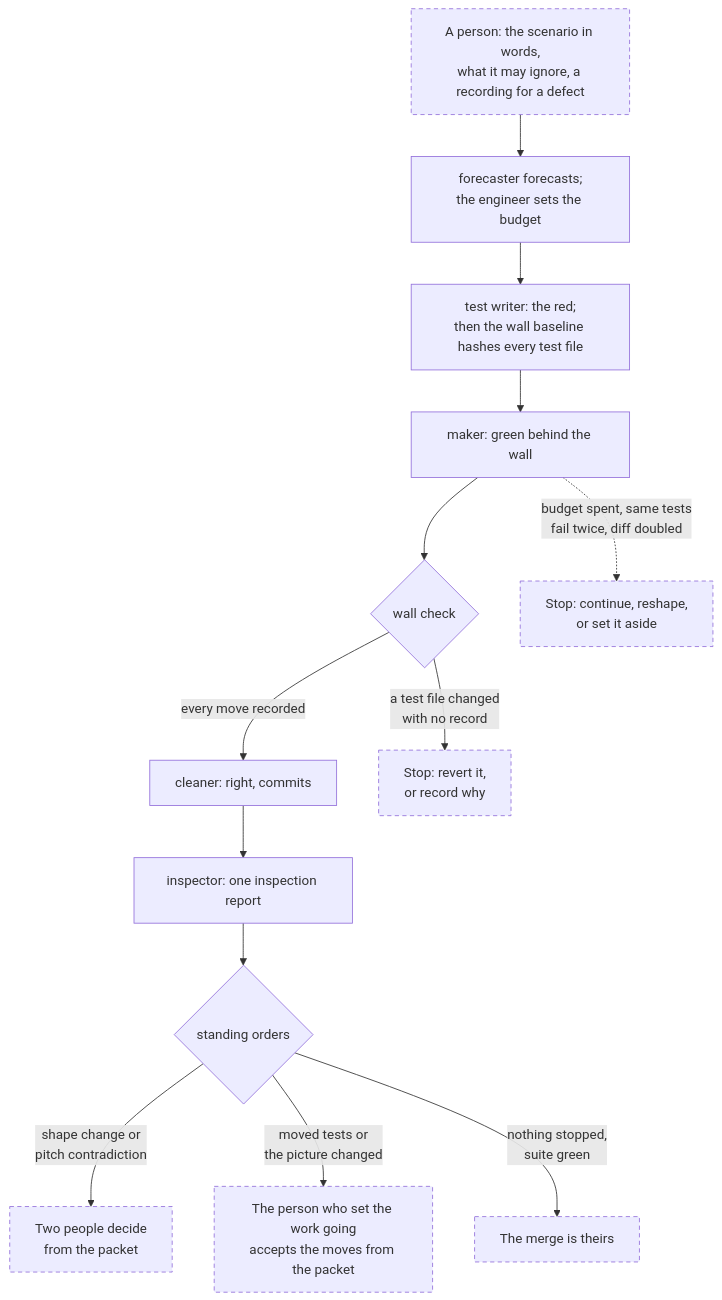
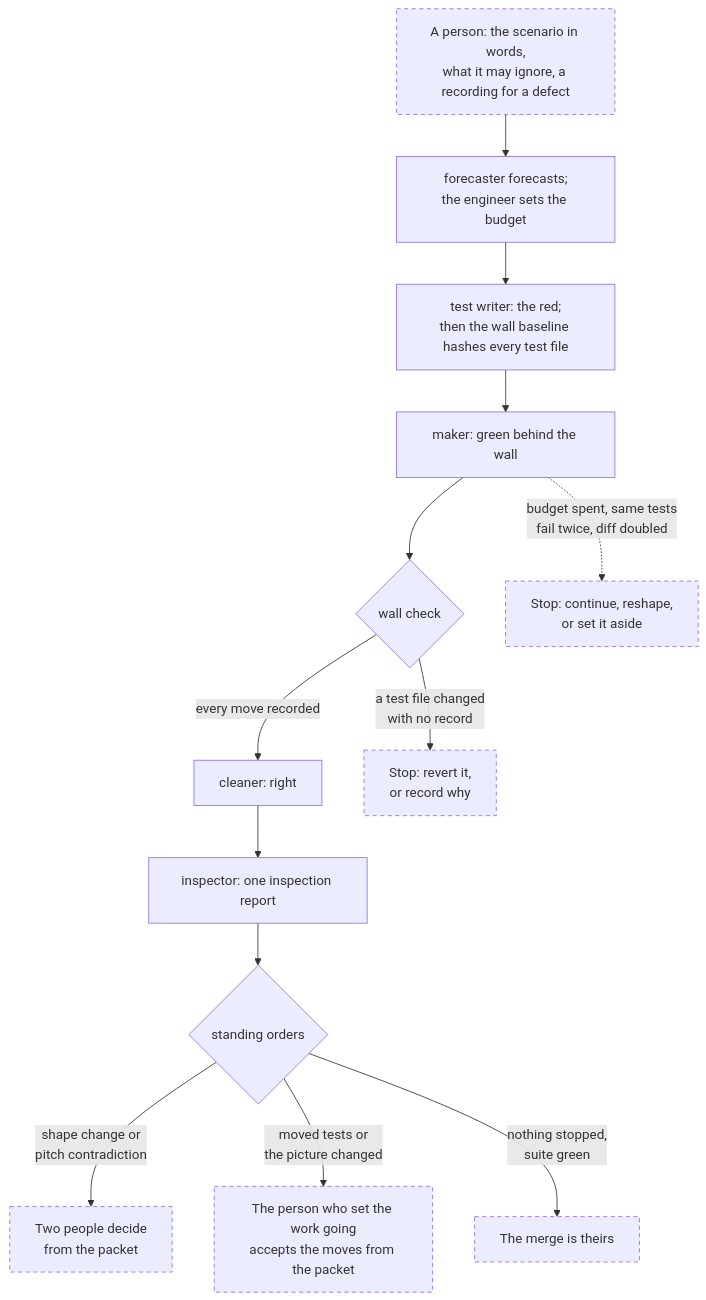
The second of 4 diagrams in README.md (seanpk/xv-agents), drawn with Mermaid before and after one commit. The commit also changed other lines of this file and 15 other files, not shown here.

First line of the commit message:
The watch commits the cleaner's work, as it does the maker's (#206) (#211)

````diff
--- a/README.md
+++ b/README.md
@@ -178,25 +178,25 @@
 ```mermaid
 flowchart TB
   start["A person: the scenario in words,<br/>what it may ignore, a recording for a defect"]
   fc["forecaster forecasts;<br/>the engineer sets the budget"]
   sc["test writer: the red;<br/>then the wall baseline hashes every test file"]
   mk["maker: green behind the wall"]
   wall{"wall check"}
-  cl["cleaner: right, commits"]
+  cl["cleaner: right"]
   gd["inspector: one inspection report"]
   orders{"standing orders"}
   two["Two people decide<br/>from the packet"]
   accept["The person who set the work going<br/>accepts the moves from the packet"]
   merge["The merge is theirs"]
 
   start --> fc --> sc --> mk --> wall
   wall -- "a test file changed<br/>with no record" --> stop1["Stop: revert it,<br/>or record why"]
   wall -- "every move recorded" --> cl --> gd --> orders
   orders -- "shape change or<br/>pitch contradiction" --> two
   orders -- "moved tests or<br/>the picture changed" --> accept
   orders -- "nothing stopped,<br/>suite green" --> merge
   mk -. "budget spent, same tests<br/>fail twice, diff doubled" .-> stop2["Stop: continue, reshape,<br/>or set it aside"]
 
   classDef person stroke-dasharray: 5 4
   class start,two,accept,merge,stop1,stop2 person
 ```
````
